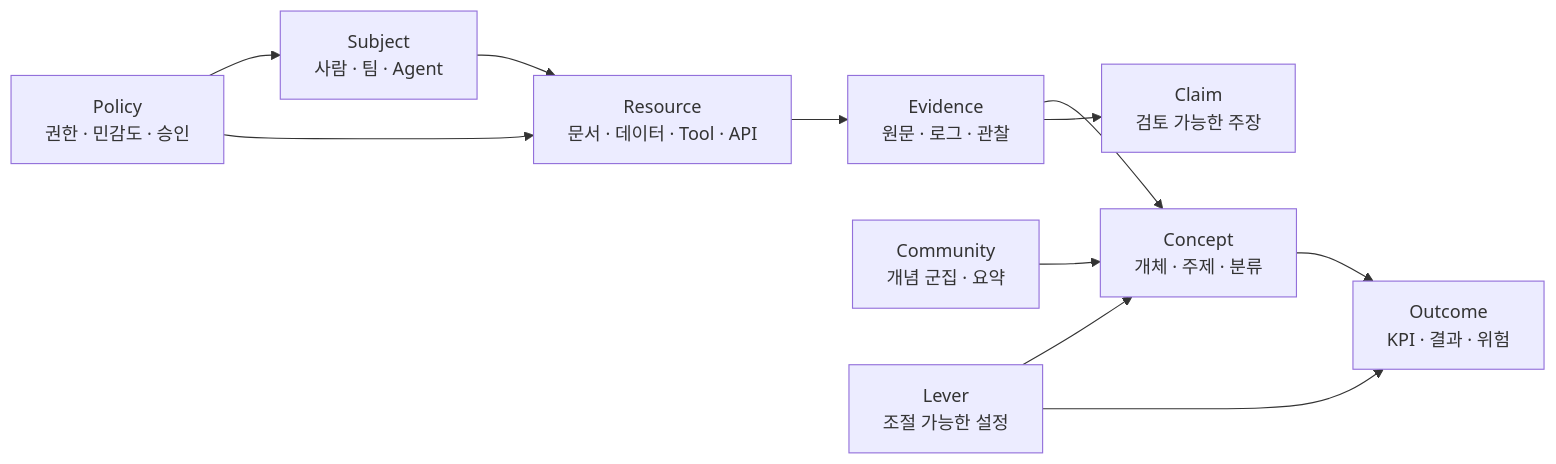
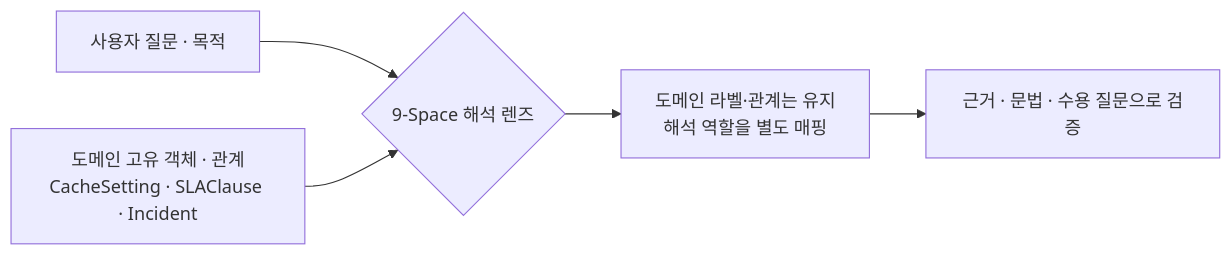
Before and after one commit to tteggu87/tteggu87.github.io: the second of 2 diagrams in content/notes/opencrab-ontology-build-architecture.md, drawn with Mermaid. The commit also changed other lines of this file and 1 other file, not shown here.

Commit message:
Clarify OpenCrab nine-space lenses

````diff
--- a/content/notes/opencrab-ontology-build-architecture.md
+++ b/content/notes/opencrab-ontology-build-architecture.md
@@ -124,13 +152,7 @@
 ```mermaid
 flowchart LR
-    S[Subject<br/>사람 · 팀 · Agent] --> R[Resource<br/>문서 · 데이터 · Tool · API]
-    R --> E[Evidence<br/>원문 · 로그 · 관찰]
-    E --> C[Concept<br/>개체 · 주제 · 분류]
-    E --> CL[Claim<br/>검토 가능한 주장]
-    CM[Community<br/>개념 군집 · 요약] --> C
-    C --> O[Outcome<br/>KPI · 결과 · 위험]
-    L[Lever<br/>조절 가능한 설정] --> C
-    L --> O
-    P[Policy<br/>권한 · 민감도 · 승인] --> S
-    P --> R
+    Q[사용자 질문 · 목적] --> L{9-Space 해석 렌즈}
+    D[도메인 고유 객체 · 관계<br/>CacheSetting · SLAClause · Incident] --> L
+    L --> M[도메인 라벨·관계는 유지<br/>해석 역할을 별도 매핑]
+    M --> V[근거 · 문법 · 수용 질문으로 검증]
 ```
````
